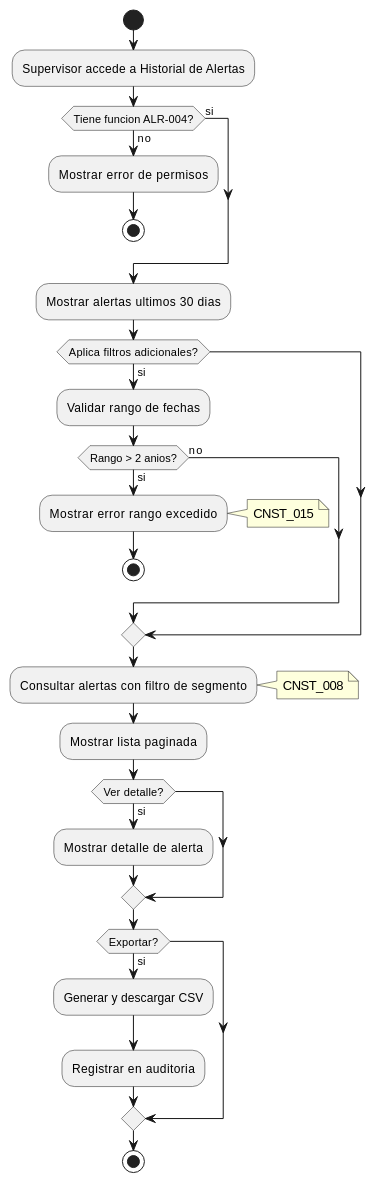
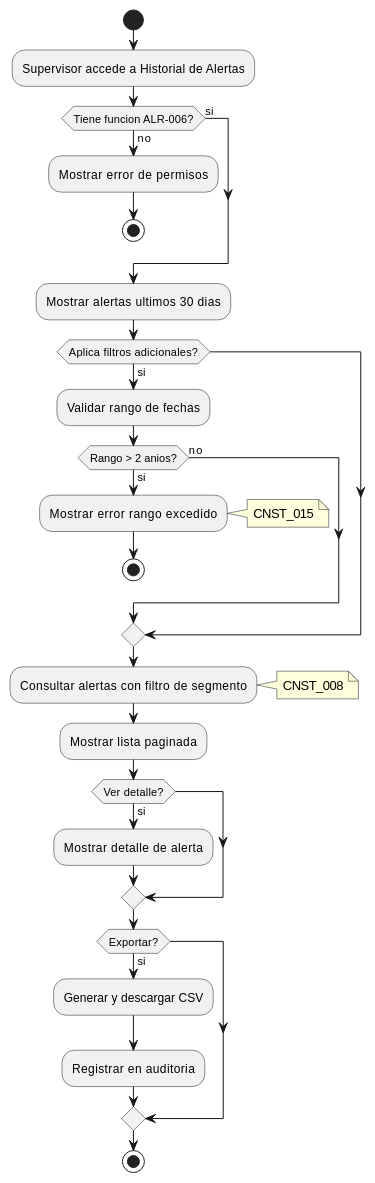
The third of 3 diagrams in source/requisitos/casos-uso/alerts/uc-alr-04-ver-historial-alertas.rst (jcg-admin/IACT-docs), drawn with PlantUML before and after one commit. The commit also changed other lines of this file and 8 other files, not shown here.

```diff
--- a/source/requisitos/casos-uso/alerts/uc-alr-04-ver-historial-alertas.rst
+++ b/source/requisitos/casos-uso/alerts/uc-alr-04-ver-historial-alertas.rst
@@ -307,41 +307,41 @@
 .. uml::
  :caption: Diagrama de Actividad - UC_ALR_04
 
  @startuml
  start
  :Supervisor accede a Historial de Alertas;
 
- if (Tiene funcion ALR-004?) then (no)
+ if (Tiene funcion ALR-006?) then (no)
  :Mostrar error de permisos;
  stop
  else (si)
  endif
 
  :Mostrar alertas ultimos 30 dias;
 
  if (Aplica filtros adicionales?) then (si)
  :Validar rango de fechas;
  if (Rango > 2 anios?) then (si)
  :Mostrar error rango excedido;
  note right: CNST_015
  stop
  else (no)
  endif
  endif
 
  :Consultar alertas con filtro de segmento;
  note right: CNST_008
 
  :Mostrar lista paginada;
 
  if (Ver detalle?) then (si)
  :Mostrar detalle de alerta;
  endif
 
  if (Exportar?) then (si)
  :Generar y descargar CSV;
  :Registrar en auditoria;
  endif
 
  stop
  @enduml
```
